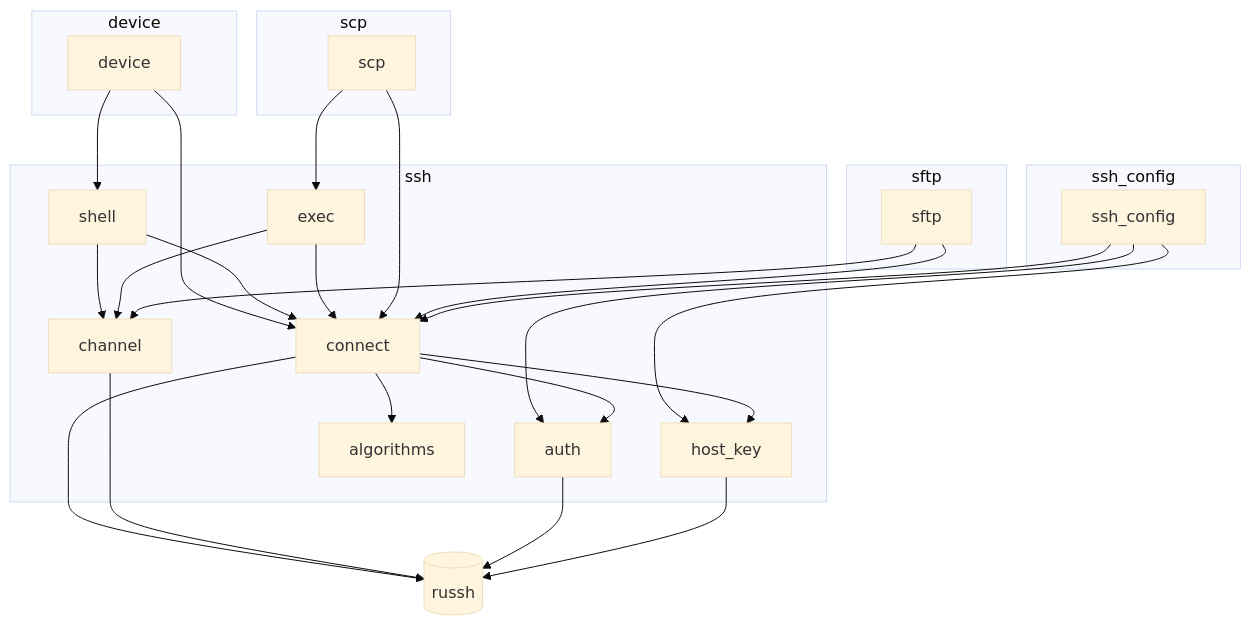
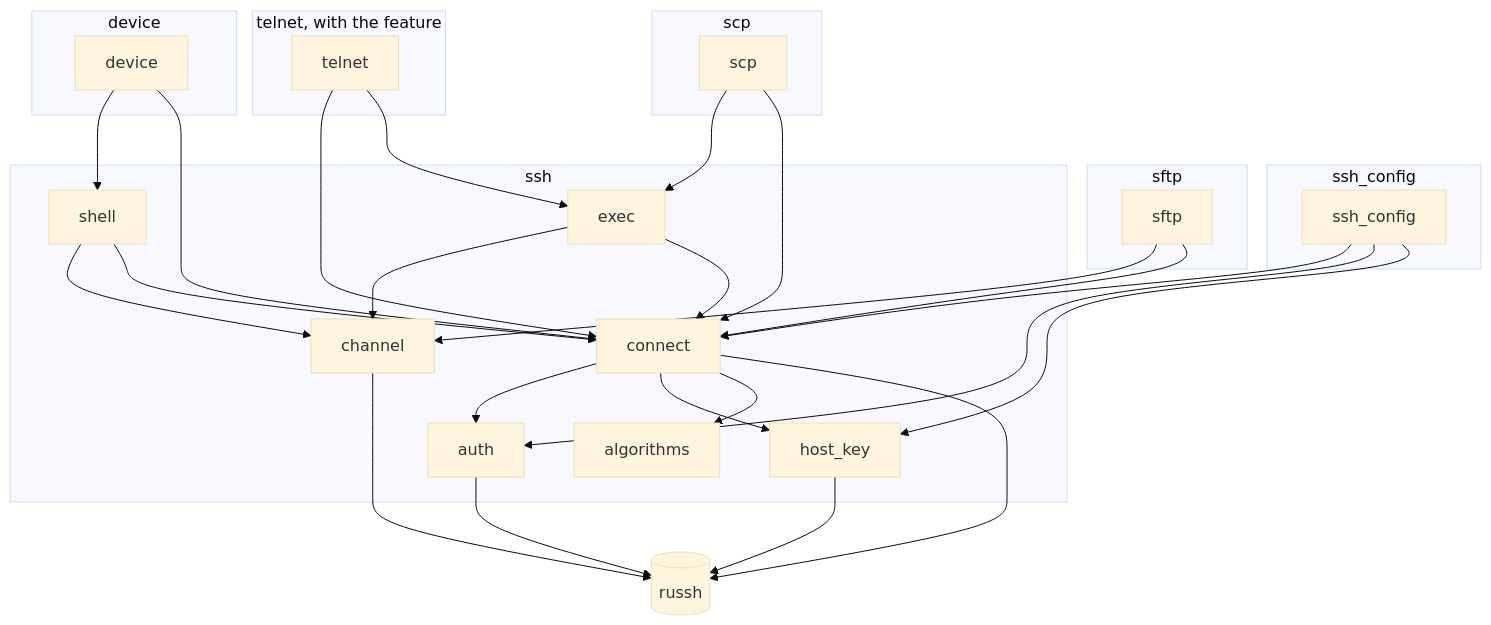
One commit to bwks/jato-lib changed the first of 2 diagrams in docs/architecture/README.md. Above: the diagram before and after it, drawn with Mermaid (base theme). The commit also changed other lines of this file and 22 other files, not shown here.

````diff
--- a/docs/architecture/README.md
+++ b/docs/architecture/README.md
@@ -132,44 +139,49 @@
 ```mermaid
 graph TD
     subgraph device_area[device]
         device[device]
     end
     subgraph config_area[ssh_config]
         ssh_config[ssh_config]
     end
     subgraph scp_area[scp]
         scp[scp]
     end
     subgraph sftp_area[sftp]
         sftp[sftp]
     end
     subgraph ssh_area[ssh]
         shell[shell]
         exec[exec]
         channel[channel]
         connect[connect]
         auth[auth]
         host_key[host_key]
         algorithms[algorithms]
     end
+    subgraph telnet_area[telnet, with the feature]
+        telnet[telnet]
+    end
     device --> shell
     device --> connect
+    telnet --> connect
+    telnet --> exec
     shell --> channel
     shell --> connect
     exec --> channel
     exec --> connect
     scp --> exec
     scp --> connect
     sftp --> channel
     sftp --> connect
     ssh_config --> connect
     ssh_config --> auth
     ssh_config --> host_key
     connect --> auth
     connect --> host_key
     connect --> algorithms
     connect --> russh[(russh)]
     channel --> russh
     auth --> russh
     host_key --> russh
 ```
````
